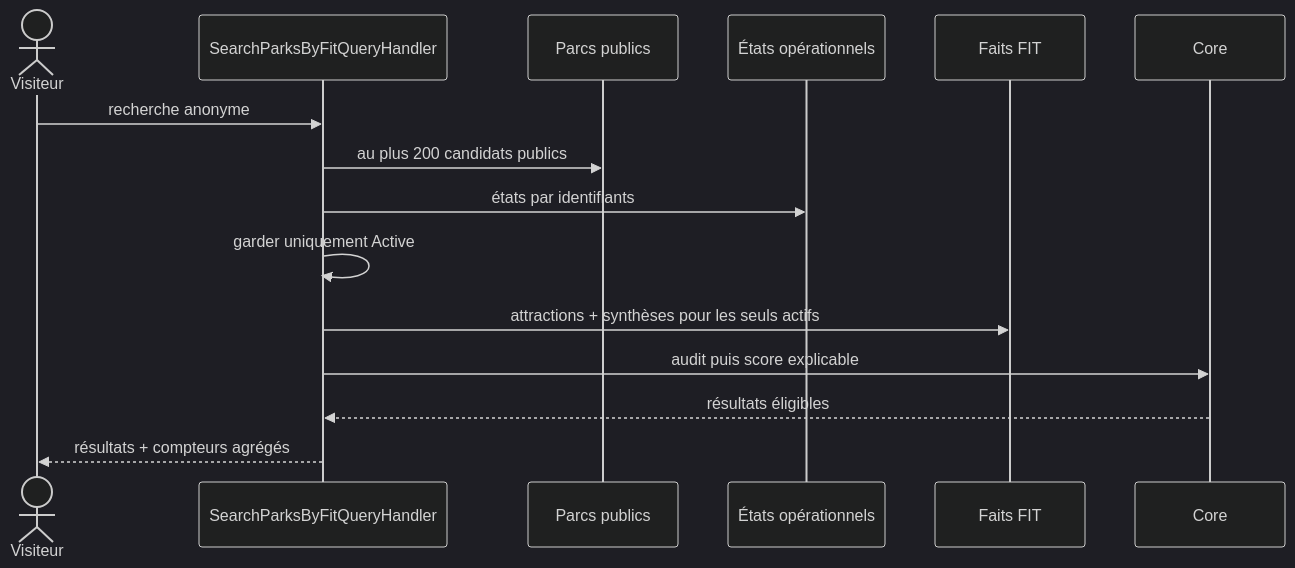
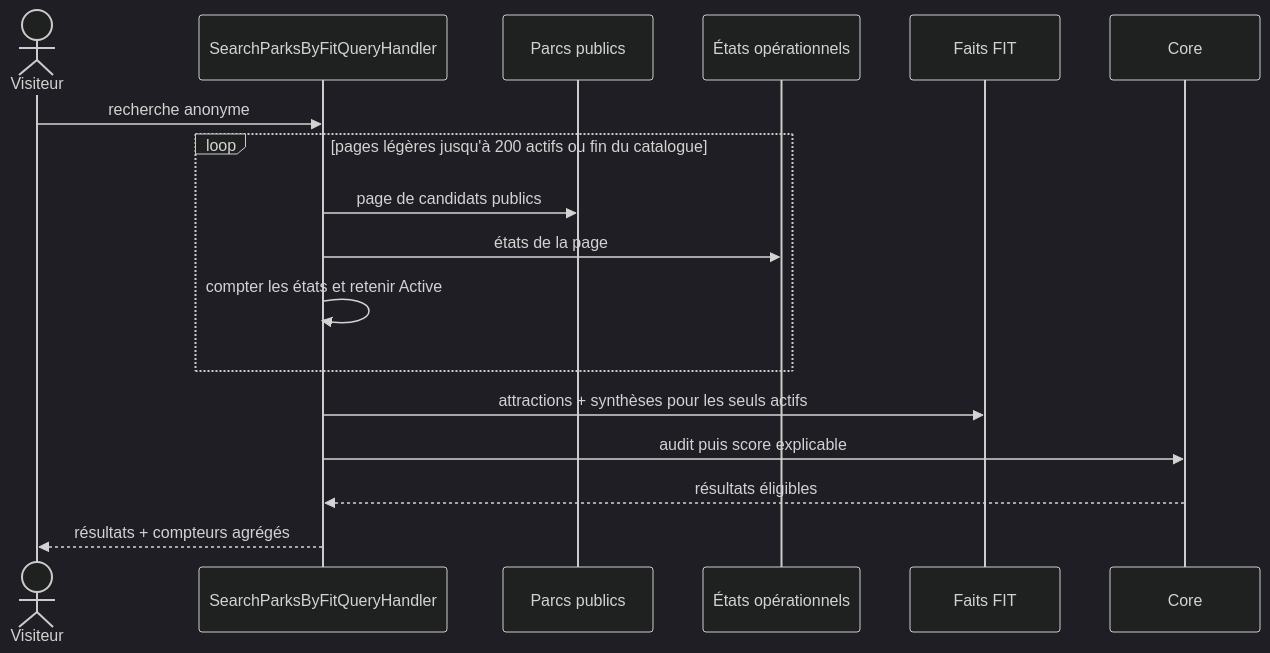
One commit to Ced59/AmusementParkProject changed the fourth of 4 diagrams in docs/architecture/product-growth-fit-15-portfolio-activation-2026-09-14.md. Above: the diagram before and after it, drawn with Mermaid (dark theme). The commit also changed other lines of this file and 10 other files, not shown here.

````diff
--- a/docs/architecture/product-growth-fit-15-portfolio-activation-2026-09-14.md
+++ b/docs/architecture/product-growth-fit-15-portfolio-activation-2026-09-14.md
@@ -220,18 +217,20 @@
 ```mermaid
 sequenceDiagram
     actor V as Visiteur
     participant Q as SearchParksByFitQueryHandler
     participant P as Parcs publics
     participant O as États opérationnels
     participant F as Faits FIT
     participant C as Core
 
     V->>Q: recherche anonyme
-    Q->>P: au plus 200 candidats publics
-    Q->>O: états par identifiants
-    Q->>Q: garder uniquement Active
+    loop pages légères jusqu'à 200 actifs ou fin du catalogue
+      Q->>P: page de candidats publics
+      Q->>O: états de la page
+      Q->>Q: compter les états et retenir Active
+    end
     Q->>F: attractions + synthèses pour les seuls actifs
     Q->>C: audit puis score explicable
     C-->>Q: résultats éligibles
     Q-->>V: résultats + compteurs agrégés
 ```
````
